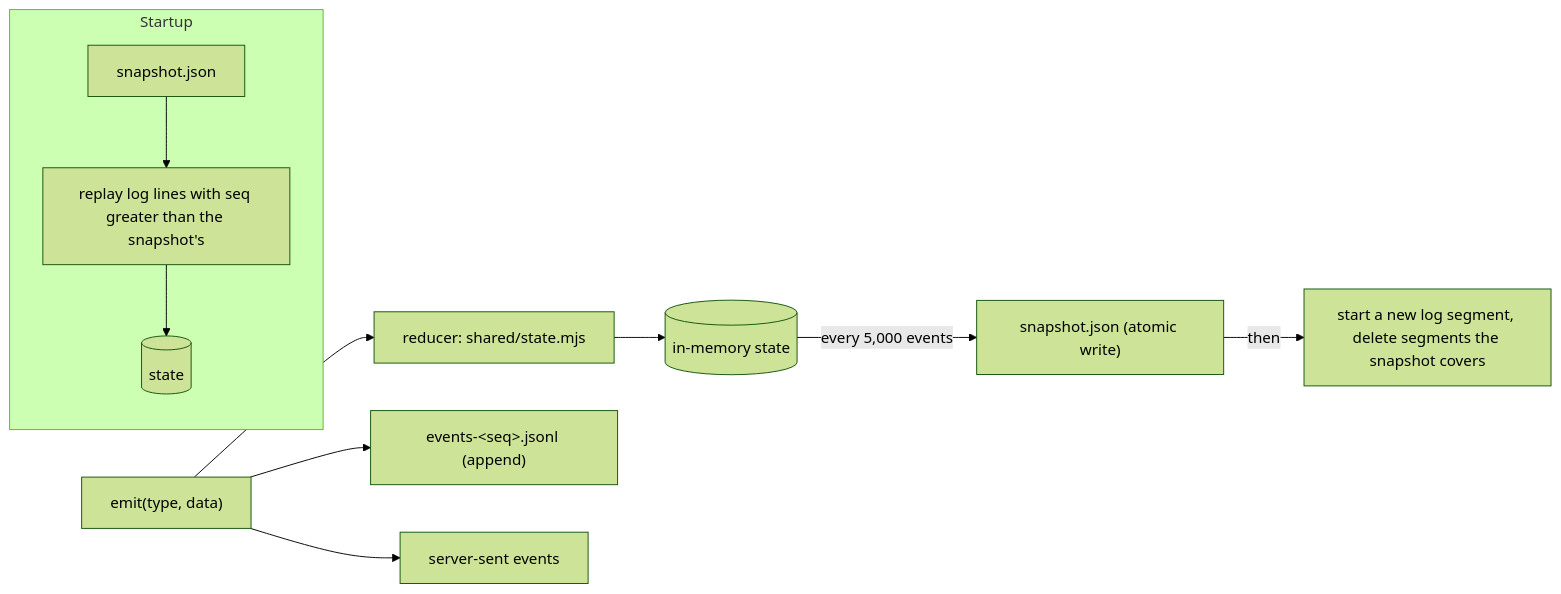
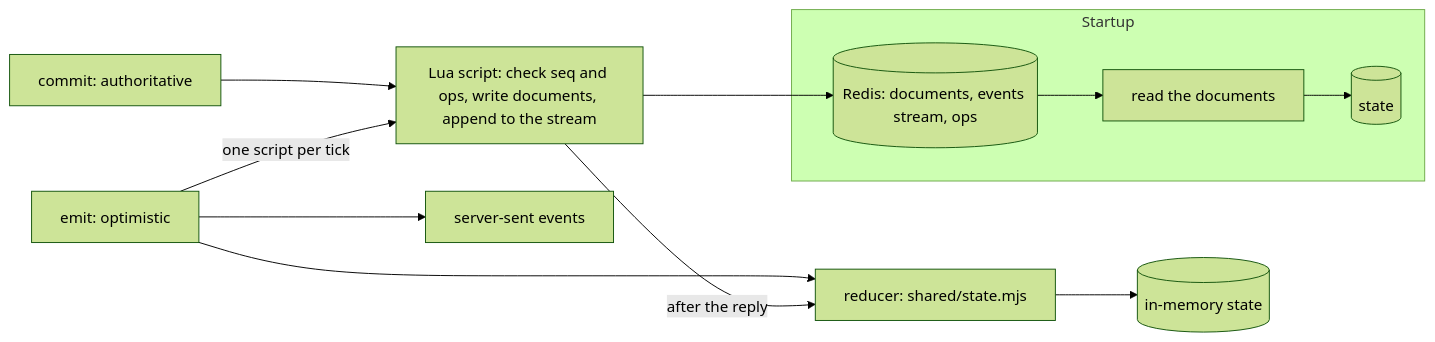
Before and after one commit to HJeon139/postbox: the first of 10 diagrams in designs/architecture.md, drawn with Mermaid (forest theme). The commit also changed other lines of this file and 5 other files, not shown here.

````diff
--- a/designs/architecture.md
+++ b/designs/architecture.md
@@ -32,12 +32,13 @@
 ```mermaid
 flowchart LR
-  E["emit(type, data)"] --> R["reducer: shared/state.mjs"]
+  E["emit: optimistic"] --> R["reducer: shared/state.mjs"]
+  C["commit: authoritative"] --> W
   R --> M[("in-memory state")]
-  E --> L["events-&lt;seq&gt;.jsonl (append)"]
-  E --> SSE[server-sent events]
-  M -->|every 5,000 events| SN["snapshot.json (atomic write)"]
-  SN -->|then| ROT["start a new log segment, delete segments the snapshot covers"]
+  E --> SSE["server-sent events"]
+  E -->|"one script per tick"| W["Lua script: check seq and ops, write documents, append to the stream"]
+  W --> DB[("Redis: documents, events stream, ops")]
+  W -->|"after the reply"| R
   subgraph Startup
-    SN2[snapshot.json] --> REPLAY["replay log lines with seq greater than the snapshot's"] --> M2[("state")]
+    DB --> RD["read the documents"] --> M2[("state")]
   end
 ```
````
